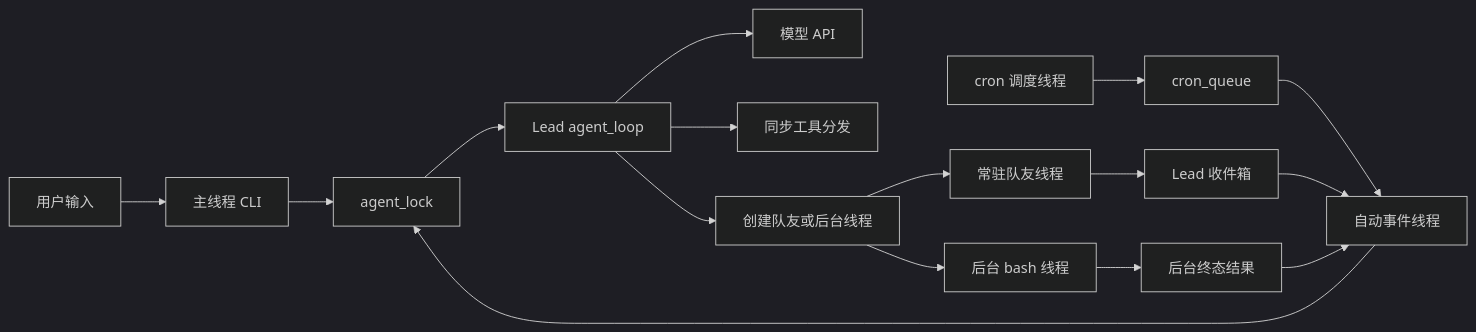
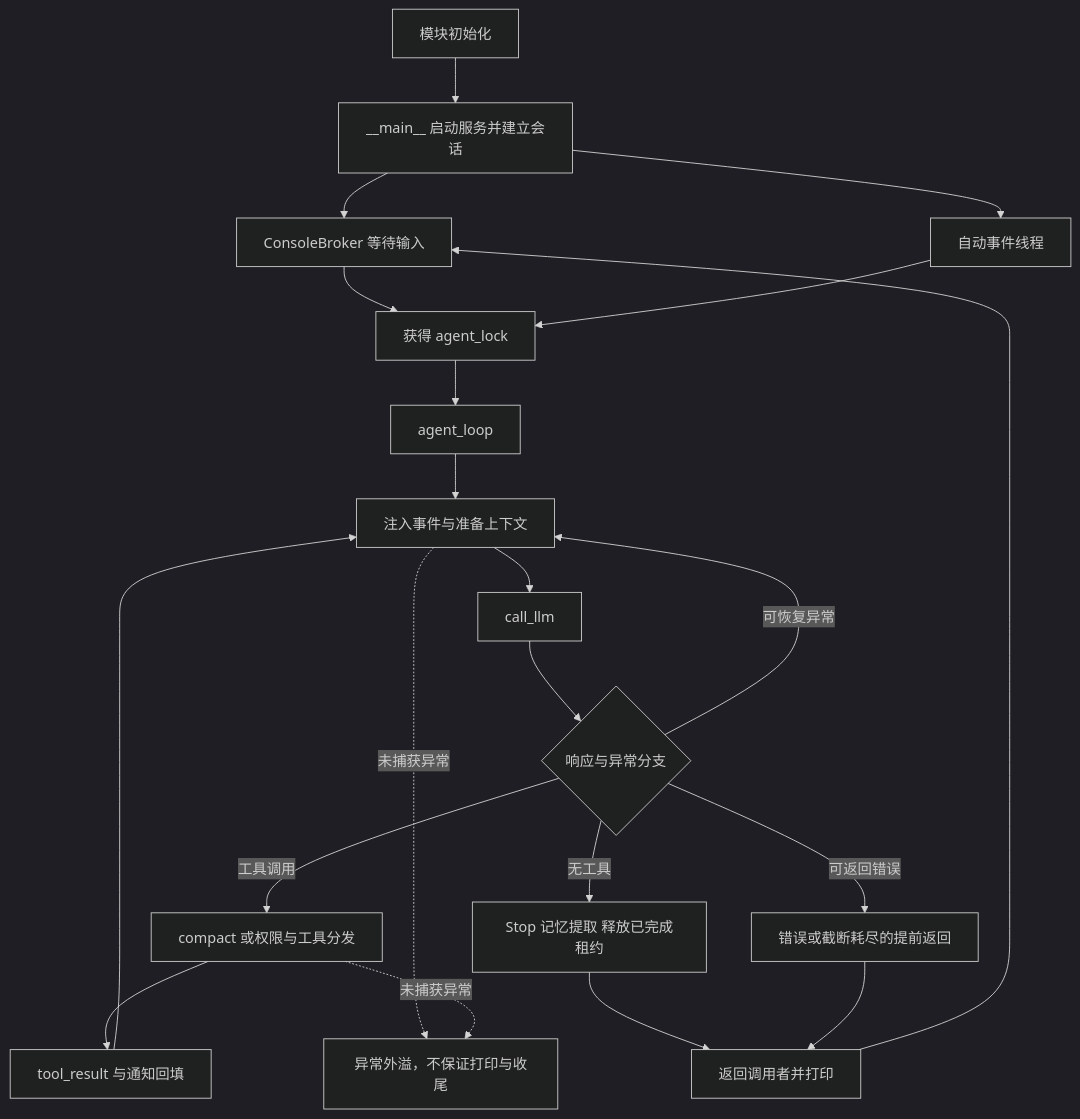
One commit to LiuXin19996/learn-claude-code changed the first of 16 diagrams in .md/s15_integrated_harness.md. Above: the diagram before and after it, drawn with Mermaid (dark theme). The commit also changed other lines of this file and 11 other files, not shown here.

````diff
--- a/.md/s15_integrated_harness.md
+++ b/.md/s15_integrated_harness.md
@@ -302,18 +72,23 @@
 ```mermaid
-flowchart LR
-    U[用户输入] --> CLI[主线程 CLI]
-    CS[cron 调度线程] --> CQ[cron_queue]
-    CQ --> AE[自动事件线程]
-    TM[常驻队友线程] --> MB[Lead 收件箱]
-    MB --> AE
-    BW[后台 bash 线程] --> BR[后台终态结果]
-    BR --> AE
-    CLI --> AL[agent_lock]
-    AE --> AL
-    AL --> LEAD[Lead agent_loop]
-    LEAD --> LLM[模型 API]
-    LEAD --> TOOLS[同步工具分发]
-    LEAD --> SPAWN[创建队友或后台线程]
-    SPAWN --> TM
-    SPAWN --> BW
+flowchart TD
+    I[模块初始化] --> E[__main__ 启动服务并建立会话]
+    E --> U[ConsoleBroker 等待输入]
+    E --> A[自动事件线程]
+    U --> L[获得 agent_lock]
+    A --> L
+    L --> G[agent_loop]
+    G --> C[注入事件与准备上下文]
+    C --> M[call_llm]
+    M --> D{响应与异常分支}
+    D -- 可恢复异常 --> C
+    D -- 工具调用 --> T[compact 或权限与工具分发]
+    T --> R[tool_result 与通知回填]
+    R --> C
+    D -- 无工具 --> S[Stop 记忆提取 释放已完成租约]
+    D -- 可返回错误 --> F[错误或截断耗尽的提前返回]
+    C -. 未捕获异常 .-> EX[异常外溢，不保证打印与收尾]
+    T -. 未捕获异常 .-> EX
+    S --> O[返回调用者并打印]
+    F --> O
+    O --> U
 ```
````
